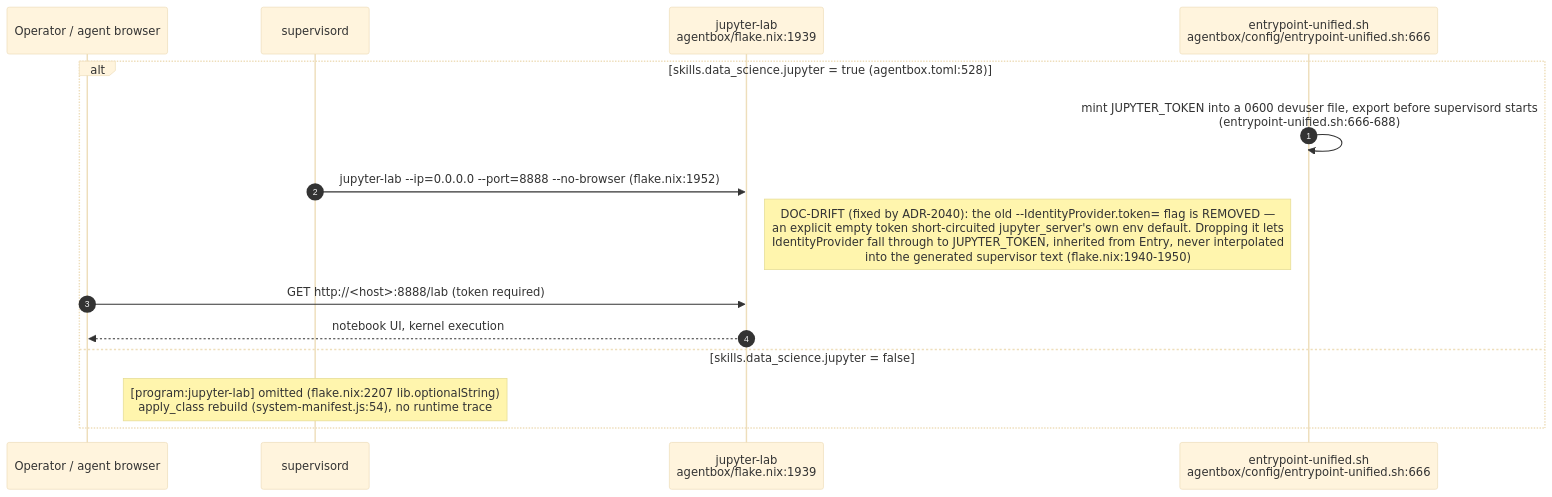
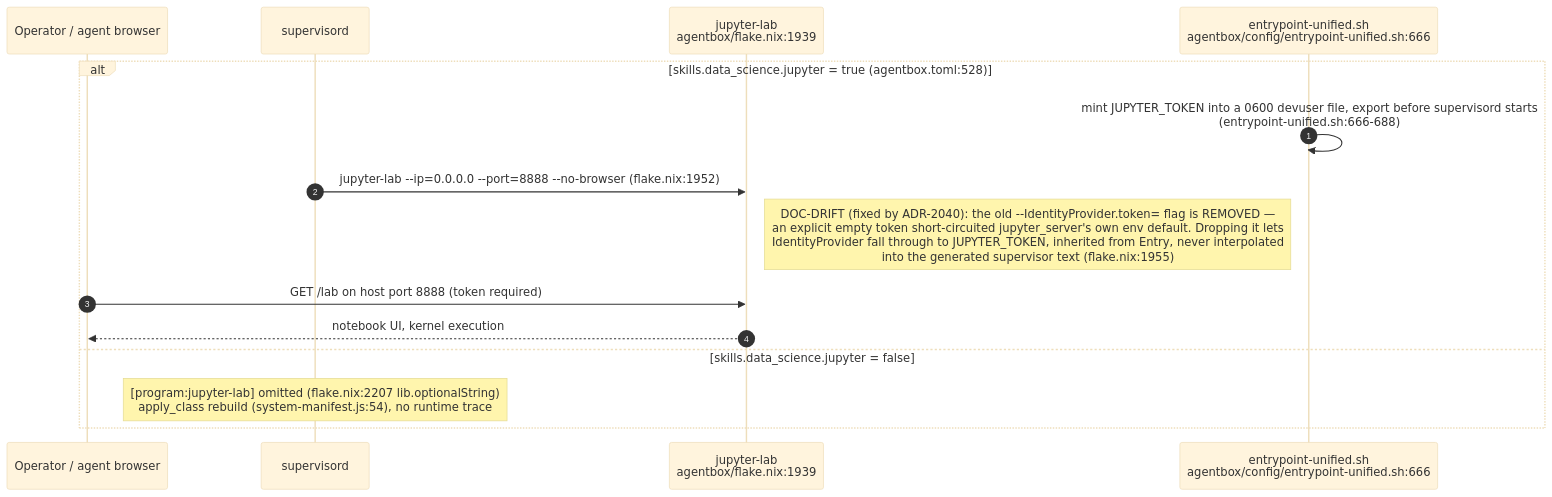
One commit to DreamLab-AI/VisionFlow changed the fifth of 13 diagrams in docs/diagrams/agentbox/27-media-gpu-capability-services.md. Above: the diagram before and after it, drawn with Mermaid (base theme). The commit also changed other lines of this file and 52 other files, not shown here.

First line of the commit message:
docs(diagrams): wave 3 checkpoint — bare line refs resolved, revision-pinned cite-check, VC-05/AB-01..13 re-attested

````diff
--- a/docs/diagrams/agentbox/27-media-gpu-capability-services.md
+++ b/docs/diagrams/agentbox/27-media-gpu-capability-services.md
@@ -184,18 +184,18 @@
 ```mermaid
 sequenceDiagram
     autonumber
     participant Op as Operator / agent browser
     participant Sup as supervisord
     participant Lab as jupyter-lab<br/>agentbox/flake.nix:1939
     participant Entry as entrypoint-unified.sh<br/>agentbox/config/entrypoint-unified.sh:666
 
     alt skills.data_science.jupyter = true (agentbox.toml:528)
         Entry->>Entry: mint JUPYTER_TOKEN into a 0600 devuser file, export before supervisord starts<br/>(entrypoint-unified.sh:666-688)
         Sup->>Lab: jupyter-lab --ip=0.0.0.0 --port=8888 --no-browser (flake.nix:1952)
-        Note right of Lab: DOC-DRIFT (fixed by ADR-2040): the old --IdentityProvider.token= flag is REMOVED —<br/>an explicit empty token short-circuited jupyter_server's own env default. Dropping it lets<br/>IdentityProvider fall through to JUPYTER_TOKEN, inherited from Entry, never interpolated<br/>into the generated supervisor text (flake.nix:1940-1950)
-        Op->>Lab: GET http://<host>:8888/lab (token required)
+        Note right of Lab: DOC-DRIFT (fixed by ADR-2040): the old --IdentityProvider.token= flag is REMOVED —<br/>an explicit empty token short-circuited jupyter_server's own env default. Dropping it lets<br/>IdentityProvider fall through to JUPYTER_TOKEN, inherited from Entry, never interpolated<br/>into the generated supervisor text (flake.nix:1955)
+        Op->>Lab: GET /lab on host port 8888 (token required)
         Lab-->>Op: notebook UI, kernel execution
     else skills.data_science.jupyter = false
         Note over Sup: [program:jupyter-lab] omitted (flake.nix:2207 lib.optionalString)<br/>apply_class rebuild (system-manifest.js:54), no runtime trace
     end
 ```
````
